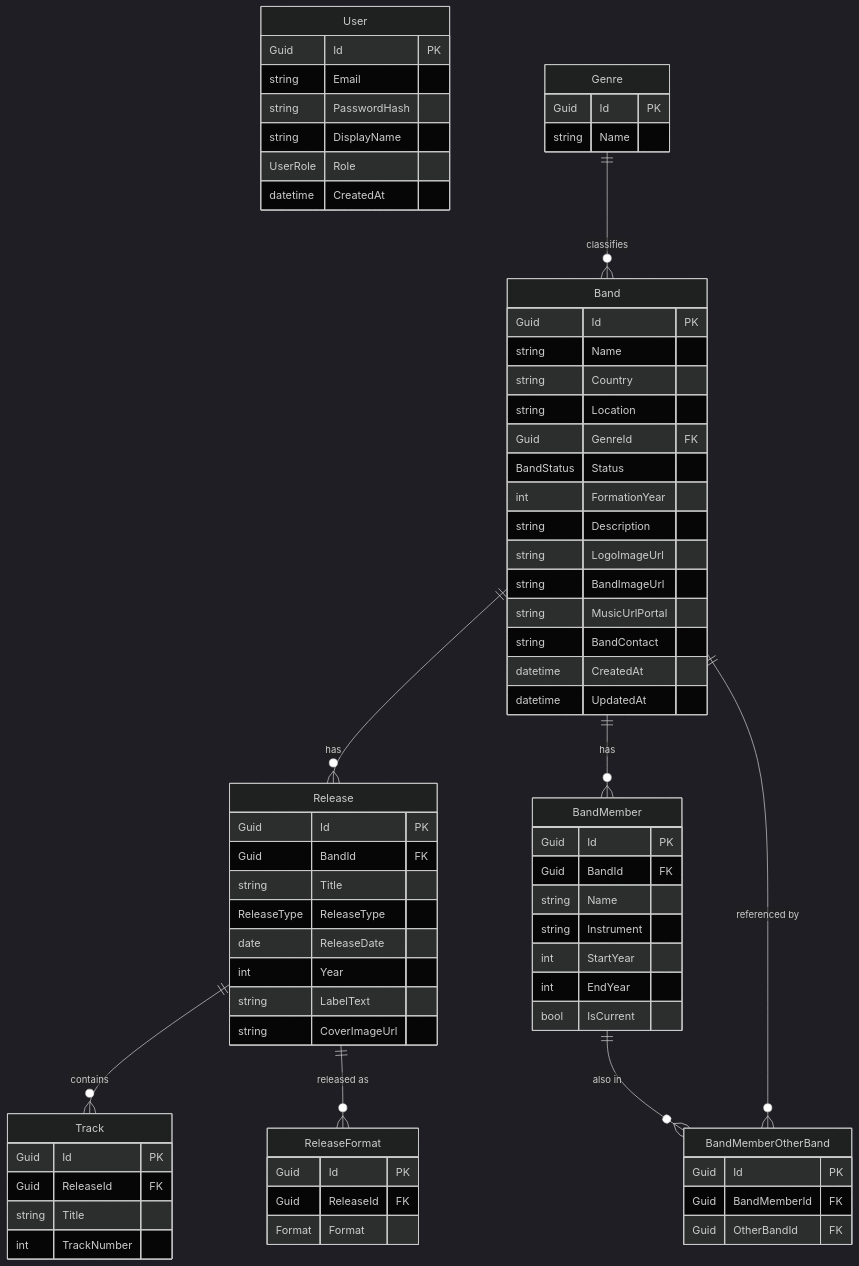
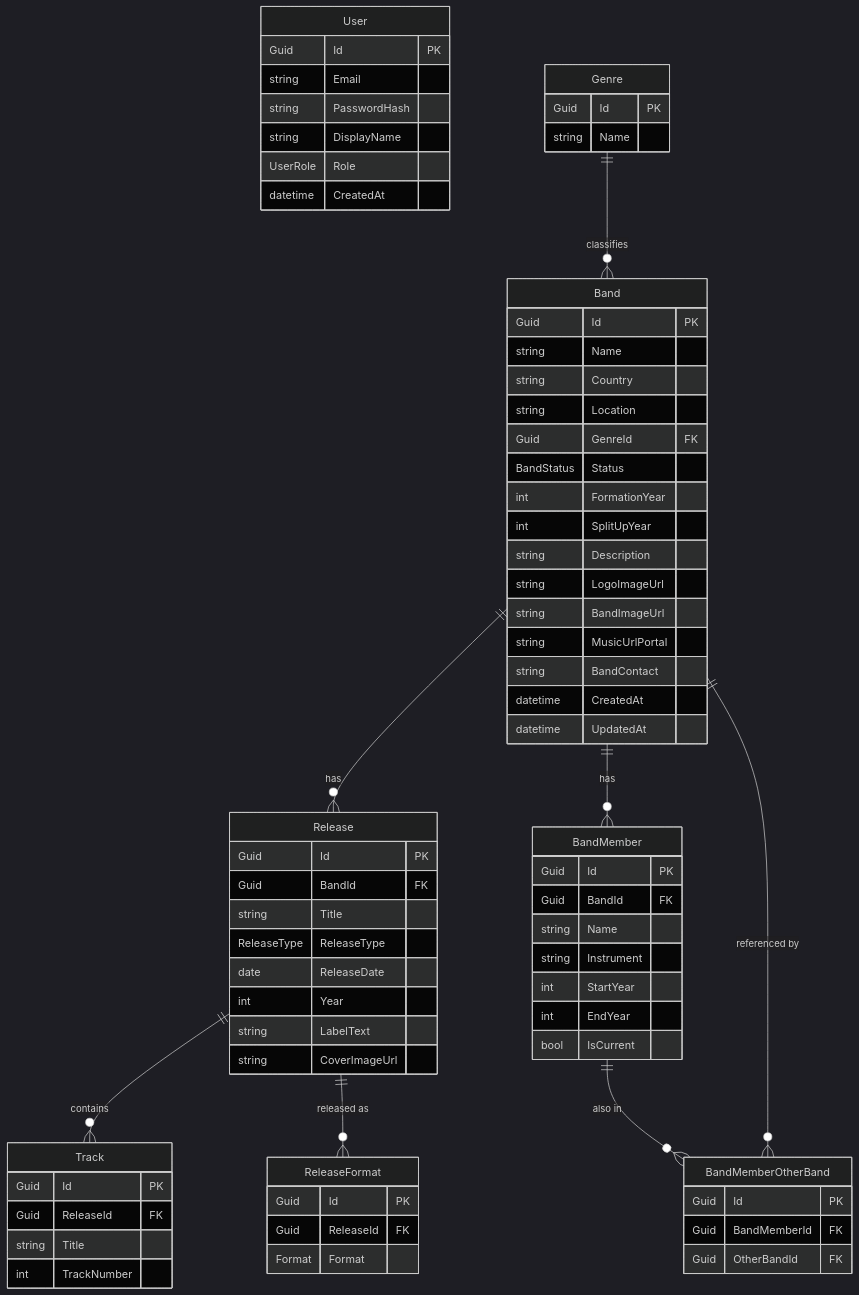
Before and after one commit to Camposgrind/diy-music-community: the diagram in docs/technical/erd.md, drawn with Mermaid (dark theme). The commit also changed 30 other files, not shown here.

Commit message:
SplitUpYear added when a band is split up and also functionality to allow split up year fill in modal when creating or editing a split up band

```diff
--- a/docs/technical/erd.md
+++ b/docs/technical/erd.md
@@ -24,6 +24,7 @@
 		Guid GenreId FK
 		BandStatus Status
 		int FormationYear
+		int SplitUpYear
 		string Description
 		string LogoImageUrl
 		string BandImageUrl
```
